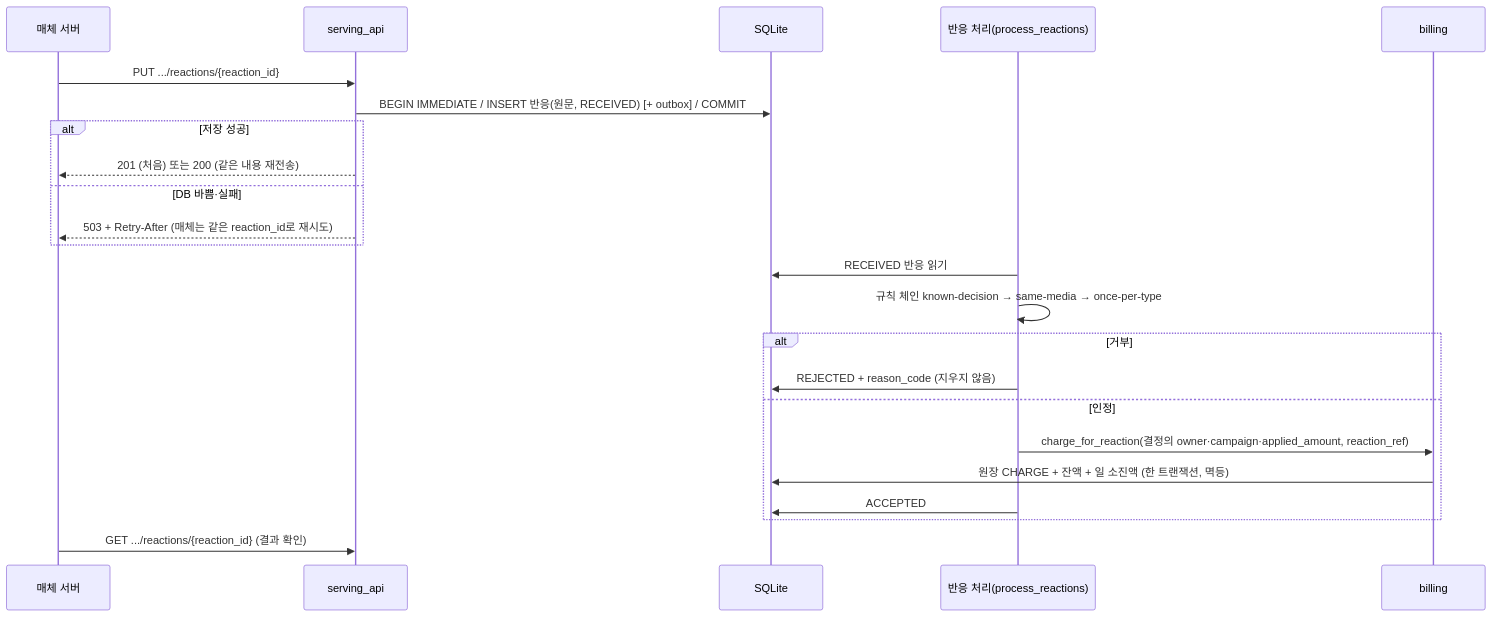
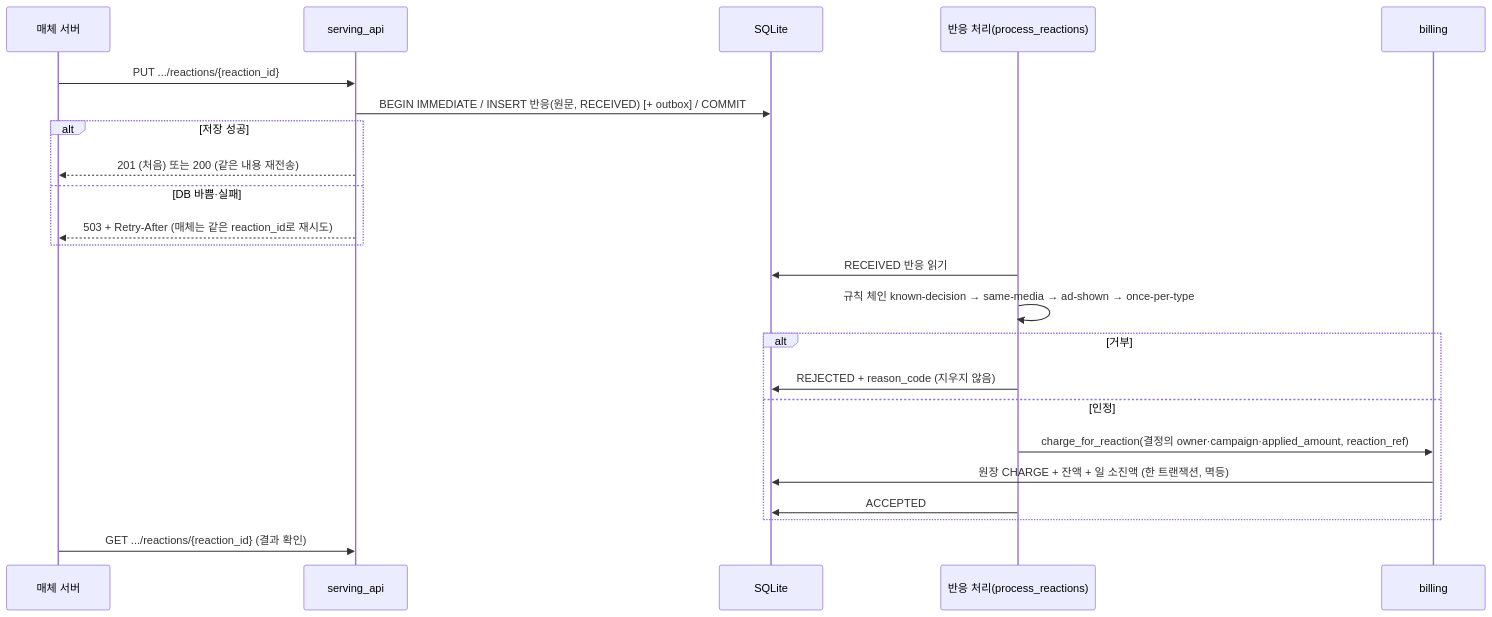
The seventh of 7 diagrams in docs/ads-server/ads-server-drd.md (encore-ai-campus/mlo-01-p3-team2), drawn with Mermaid before and after one commit. The commit also changed other lines of this file and 4 other files, not shown here.

````diff
--- a/docs/ads-server/ads-server-drd.md
+++ b/docs/ads-server/ads-server-drd.md
@@ -790,26 +790,26 @@
 ```mermaid
 sequenceDiagram
     participant M as 매체 서버
     participant S as serving_api
     participant DB as SQLite
     participant P as 반응 처리(process_reactions)
     participant B as billing
 
     M->>S: PUT .../reactions/{reaction_id}
     S->>DB: BEGIN IMMEDIATE / INSERT 반응(원문, RECEIVED) [+ outbox] / COMMIT
     alt 저장 성공
         S-->>M: 201 (처음) 또는 200 (같은 내용 재전송)
     else DB 바쁨·실패
         S-->>M: 503 + Retry-After (매체는 같은 reaction_id로 재시도)
     end
     P->>DB: RECEIVED 반응 읽기
-    P->>P: 규칙 체인 known-decision → same-media → once-per-type
+    P->>P: 규칙 체인 known-decision → same-media → ad-shown → once-per-type
     alt 거부
         P->>DB: REJECTED + reason_code (지우지 않음)
     else 인정
         P->>B: charge_for_reaction(결정의 owner·campaign·applied_amount, reaction_ref)
         B->>DB: 원장 CHARGE + 잔액 + 일 소진액 (한 트랜잭션, 멱등)
         P->>DB: ACCEPTED
     end
     M->>S: GET .../reactions/{reaction_id} (결과 확인)
 ```
````
